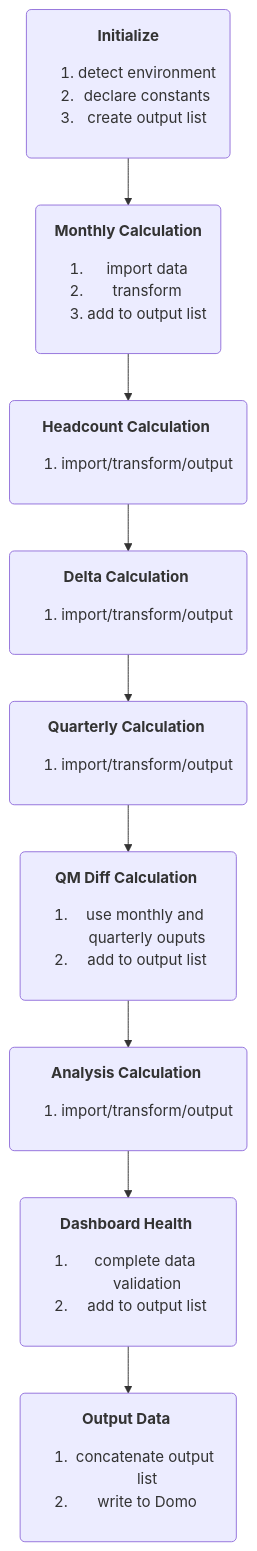
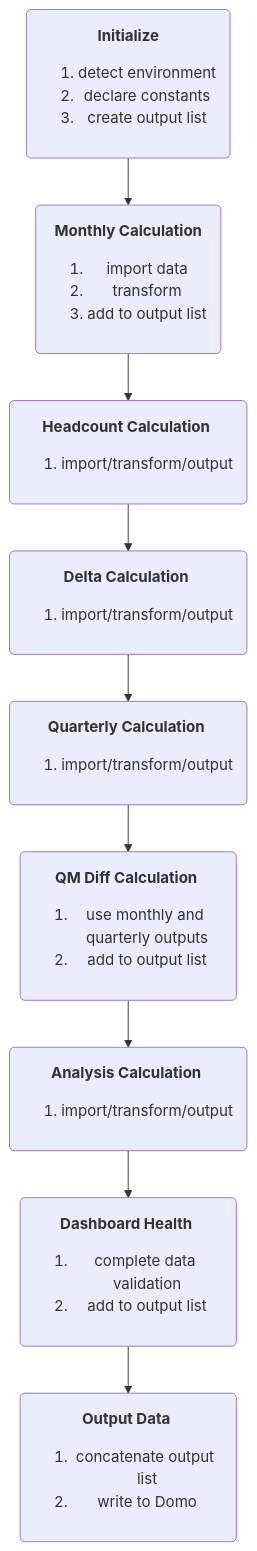
One commit to michaperki/Nomi-Financial-Dashboard changed the diagram in README.md. Above: the diagram before and after it, drawn with Mermaid.

````diff
--- a/README.md
+++ b/README.md
@@ -27,12 +27,12 @@
 ```mermaid
 graph TD;
     A(<b>Initialize</b> <ol><li>detect environment</li><li>declare constants</li><li>create output list</li>) --> B;
     B(<b>Monthly Calculation</b></b> <ol><li>import data</li><li>transform</li><li>add to output list</li>) --> C(Headcount Calculation);
     C(<b>Headcount Calculation</b> <ol><li>import/transform/output</li>) --> D;
     D(<b>Delta Calculation</b> <ol><li>import/transform/output</li>) --> E;
     E(<b>Quarterly Calculation</b> <ol><li>import/transform/output</li>) --> F;
-    F(<b>QM Diff Calculation</b> <ol><li>use monthly and quarterly ouputs</li><li>add to output list</li>) --> G;
+    F(<b>QM Diff Calculation</b> <ol><li>use monthly and quarterly outputs</li><li>add to output list</li>) --> G;
     G(<b>Analysis Calculation</b> <ol><li>import/transform/output</li>) --> H;
     H(<b>Dashboard Health</b> <ol><li>complete data validation</li><li>add to output list</li>) --> I(<b>Output Data</b> <ol><li>concatenate output list</li><li>write to Domo</li>);
 
 ```
````
